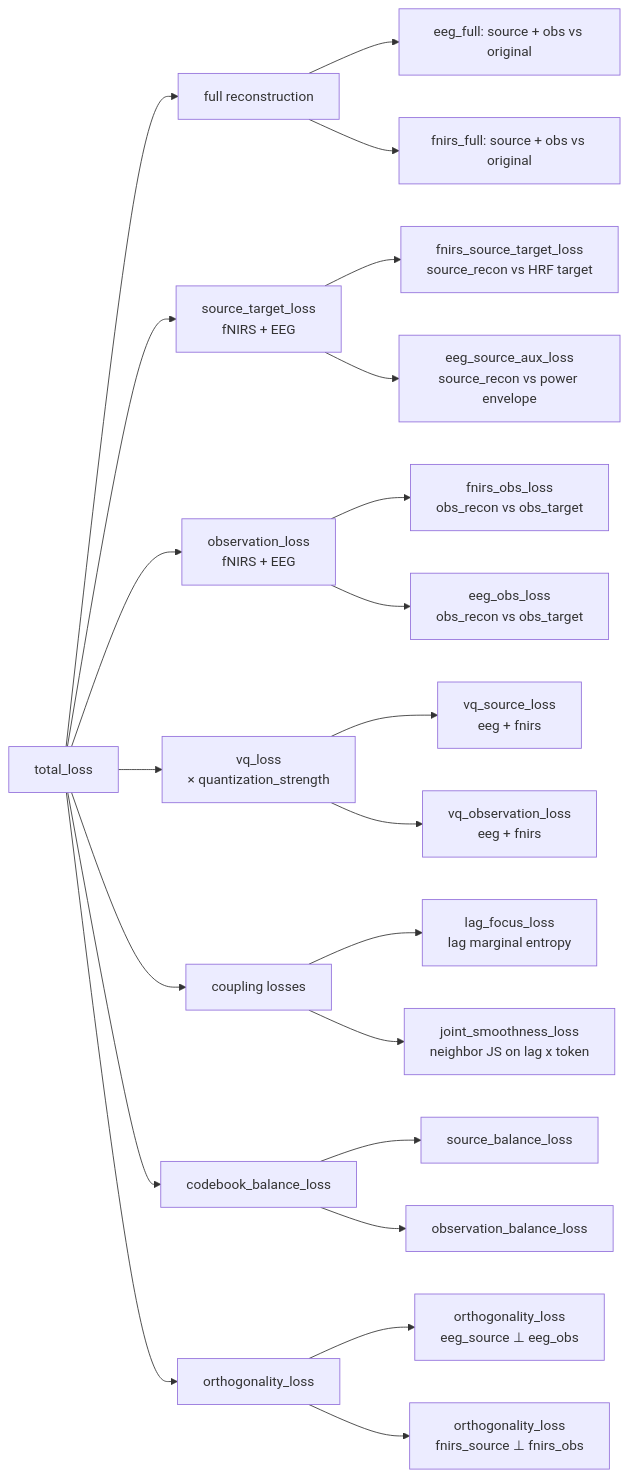
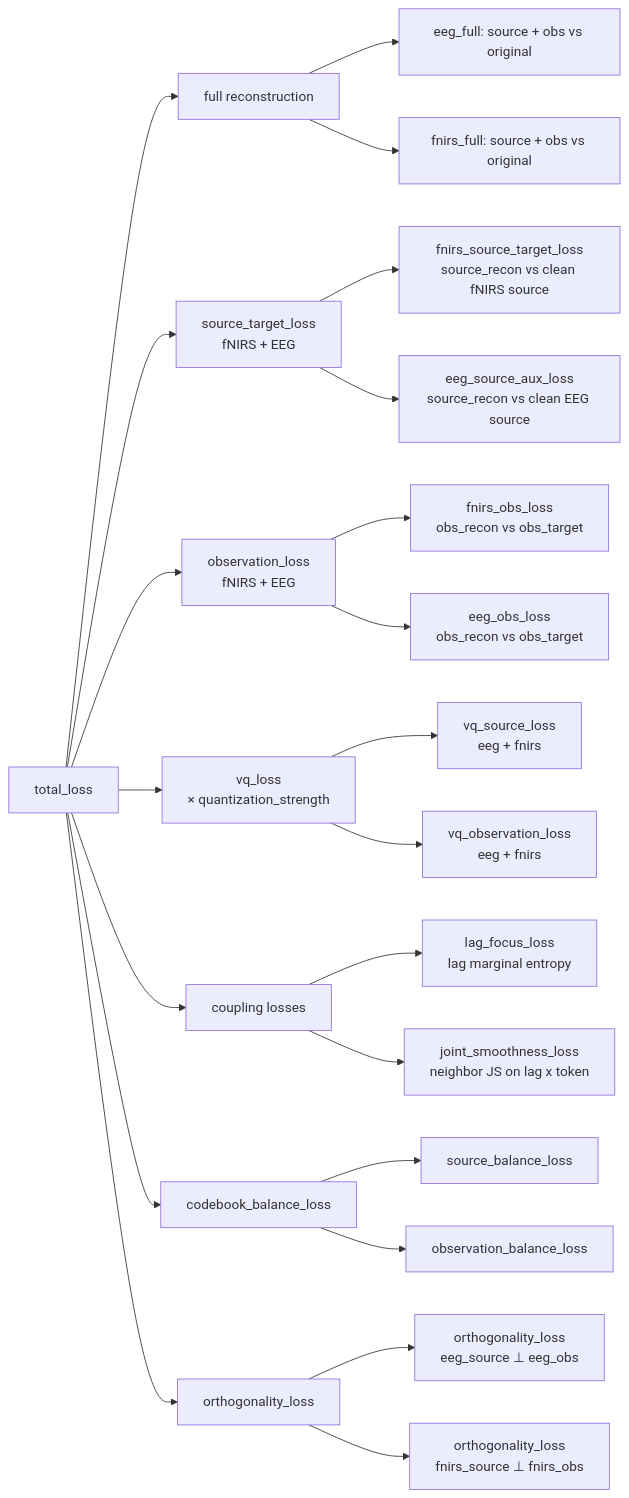
The third of 3 diagrams in docs/ARCHITECTURE.md (Kevin65536/PID-MCM), drawn with Mermaid before and after one commit. The commit also changed other lines of this file and 11 other files, not shown here.

Commit message:
totally remove outdated source/observation branch target design from all documents

````diff
--- a/docs/ARCHITECTURE.md
+++ b/docs/ARCHITECTURE.md
@@ -167,31 +194,31 @@
 ```mermaid
 graph LR
     TOTAL[total_loss] --> REC[full reconstruction]
     TOTAL --> ST[source_target_loss<br/>fNIRS + EEG]
     TOTAL --> OT[observation_loss<br/>fNIRS + EEG]
     TOTAL --> VQ[vq_loss<br/>× quantization_strength]
     TOTAL --> COUP[coupling losses]
     TOTAL --> BAL[codebook_balance_loss]
     TOTAL --> ORTHO[orthogonality_loss]
 
     REC --> E_REC[eeg_full: source + obs vs original]
     REC --> F_REC[fnirs_full: source + obs vs original]
 
-    ST --> ST_F[fnirs_source_target_loss<br/>source_recon vs HRF target]
-    ST --> ST_E[eeg_source_aux_loss<br/>source_recon vs power envelope]
+    ST --> ST_F[fnirs_source_target_loss<br/>source_recon vs clean fNIRS source]
+    ST --> ST_E[eeg_source_aux_loss<br/>source_recon vs clean EEG source]
 
     OT --> OT_F[fnirs_obs_loss<br/>obs_recon vs obs_target]
     OT --> OT_E[eeg_obs_loss<br/>obs_recon vs obs_target]
 
     VQ --> VQ_S[vq_source_loss<br/>eeg + fnirs]
     VQ --> VQ_O[vq_observation_loss<br/>eeg + fnirs]
 
     COUP --> COUP_CONC[lag_focus_loss<br/>lag marginal entropy]
     COUP --> COUP_SMTH[joint_smoothness_loss<br/>neighbor JS on lag x token]
 
     BAL --> BAL_S[source_balance_loss]
     BAL --> BAL_O[observation_balance_loss]
 
     ORTHO --> O_E[orthogonality_loss<br/>eeg_source ⊥ eeg_obs]
     ORTHO --> O_F[orthogonality_loss<br/>fnirs_source ⊥ fnirs_obs]
 ```
````
